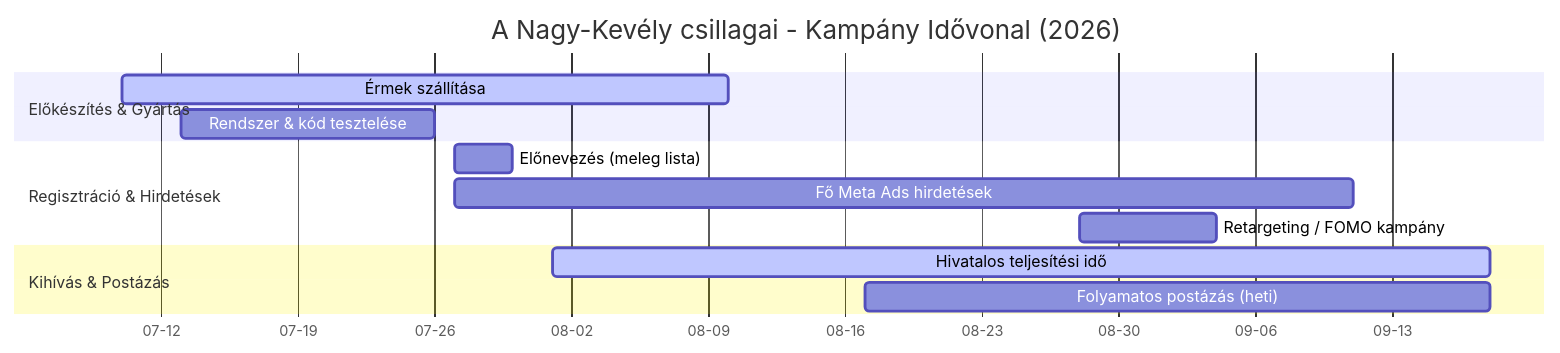
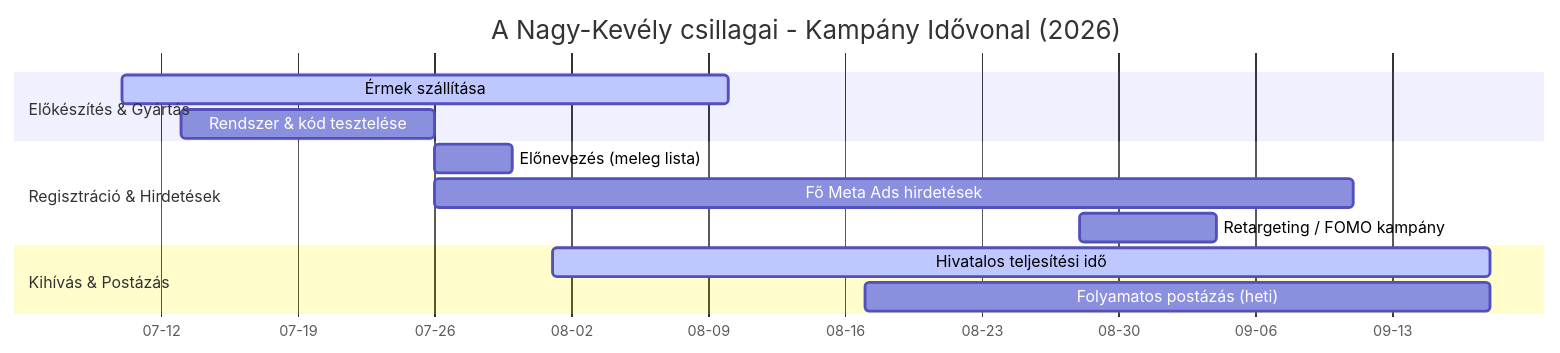
The diagram in VitaSteps/campaigns/nagy_kevely_csillagai.md (Admex666/other_projects), drawn with Mermaid before and after one commit. The commit also changed other lines of this file and 3 other files, not shown here.

````diff
--- a/VitaSteps/campaigns/nagy_kevely_csillagai.md
+++ b/VitaSteps/campaigns/nagy_kevely_csillagai.md
@@ -30,19 +30,19 @@
 ```mermaid
 gantt
     title A Nagy-Kevély csillagai - Kampány Idővonal (2026)
     dateFormat  YYYY-MM-DD
     axisFormat  %m-%d
     
     section Előkészítés & Gyártás
     Érmek szállítása            :active, des1, 2026-07-10, 2026-08-10
     Rendszer & kód tesztelése   :des2, 2026-07-13, 2026-07-26
     
     section Regisztráció & Hirdetések
-    Előnevezés (meleg lista)    :des3, 2026-07-27, 2026-07-30
-    Fő Meta Ads hirdetések      :des4, 2026-07-27, 2026-09-11
+    Előnevezés (meleg lista)    :des3, 2026-07-26, 2026-07-30
+    Fő Meta Ads hirdetések      :des4, 2026-07-26, 2026-09-11
     Retargeting / FOMO kampány  :des5, 2026-08-28, 2026-09-04
     
     section Kihívás & Postázás
     Hivatalos teljesítési idő   :active, des6, 2026-08-01, 2026-09-18
     Folyamatos postázás (heti)  :des8, 2026-08-17, 2026-09-18
 ```
````
